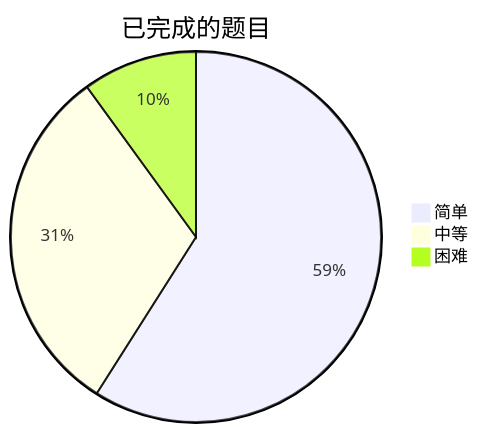
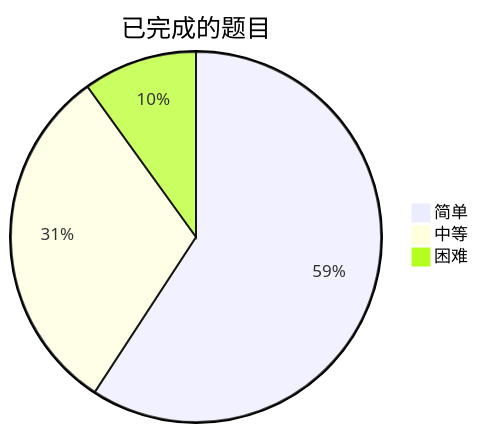
Before and after one commit to kaisa911/LeetCode: the diagram in README.md, drawn with Mermaid. The commit also changed other lines of this file and 1 other file, not shown here.

````diff
--- a/README.md
+++ b/README.md
@@ -12,7 +12,7 @@
 ```mermaid
 pie title 已完成的题目
-    "简单" : 118
+    "简单" : 119
     "中等" : 62
     "困难" : 20
 
 ```
````
